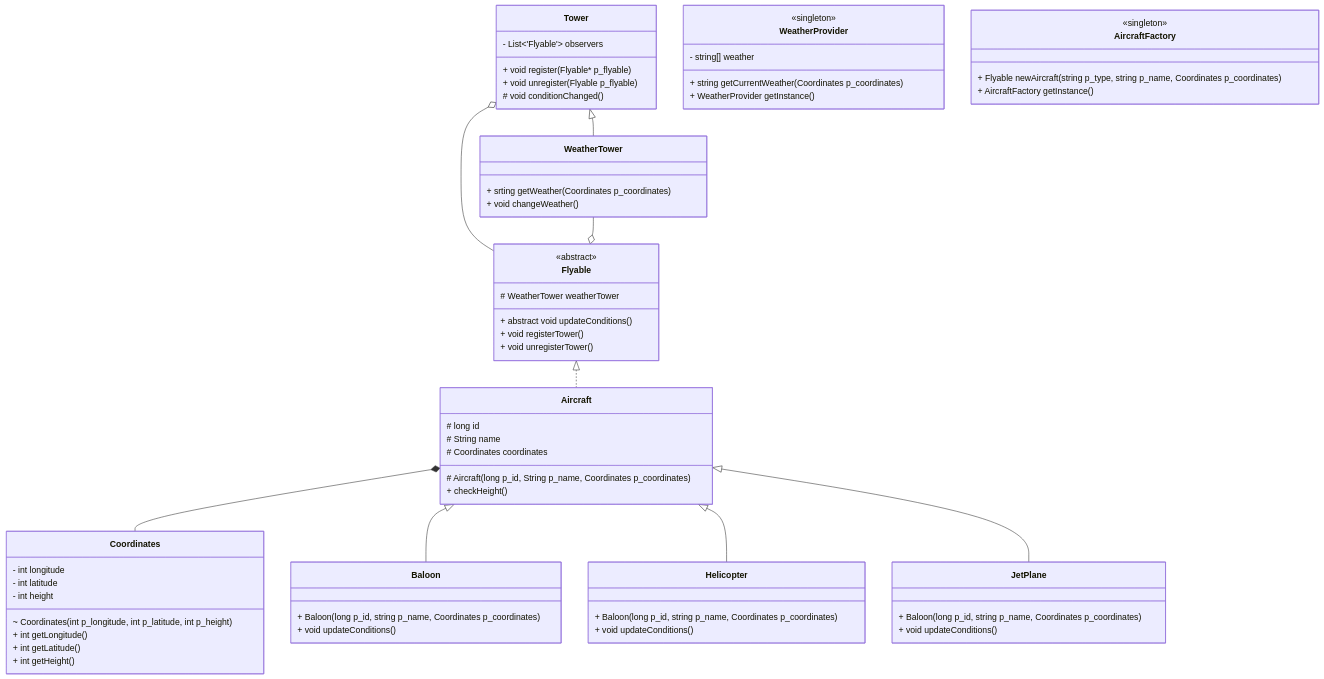
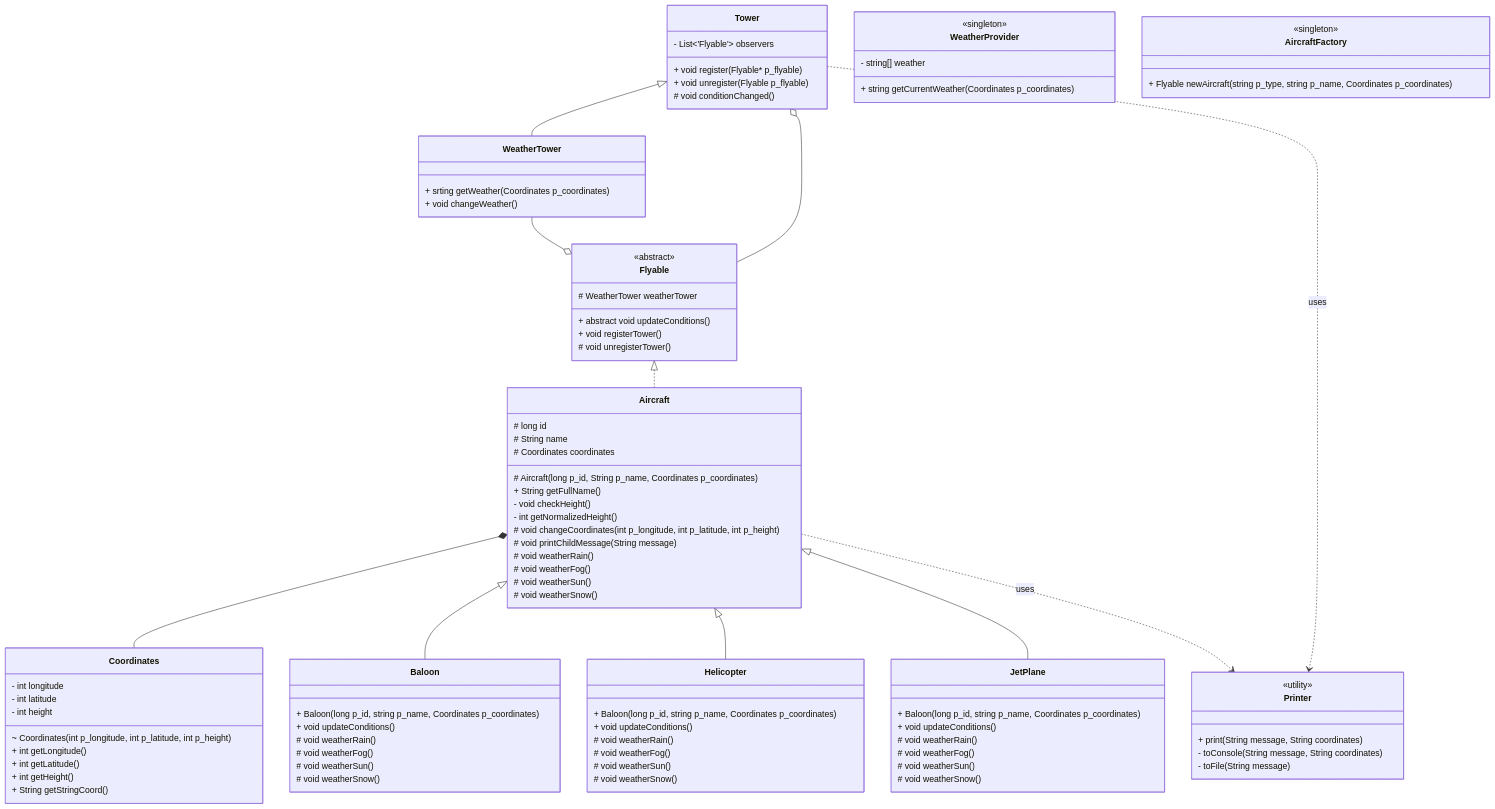
One commit to isilva-t/42.avaj-launcher changed the diagram in README.md. Above: the diagram before and after it, drawn with Mermaid. The commit also changed 1 other file, not shown here.

Commit message:
doc: update develop.mermaid
readme

````diff
--- a/README.md
+++ b/README.md
@@ -26,7 +26,6 @@
 
     class Tower {    
         - List<'Flyable'> observers
-
         + void register(Flyable* p_flyable)
         + void unregister(Flyable p_flyable)
         # void conditionChanged()
@@ -37,7 +36,8 @@
         # WeatherTower weatherTower
         + abstract void updateConditions()
         + void registerTower()
-        + void unregisterTower()
+
+        # void unregisterTower()
     }
 
     
@@ -45,28 +45,37 @@
         # long id
         # String name
         # Coordinates coordinates
+        # Aircraft(long p_id, String p_name, Coordinates p_coordinates)
+        + String getFullName()
 
-        # Aircraft(long p_id, String p_name, Coordinates p_coordinates)
-        + checkHeight()
+        - void checkHeight()
+        - int getNormalizedHeight()
+
+        # void changeCoordinates(int p_longitude, int p_latitude, int p_height)
+        # void printChildMessage(String message)
+
+        # void weatherRain()
+        # void weatherFog()
+        # void weatherSun()
+        # void weatherSnow()
     }
 
     class Coordinates {
         - int longitude
         - int latitude
         - int height
-
         ~ Coordinates(int p_longitude, int p_latitude, int p_height)
-
         + int getLongitude()
         + int getLatitude()
         + int getHeight()
+
+        + String getStringCoord()
     }
 
     class WeatherProvider {
         <<singleton>>
         - string[] weather
         + string getCurrentWeather(Coordinates p_coordinates)
-        + WeatherProvider getInstance()
     }
 
     class WeatherTower {
@@ -77,20 +86,41 @@
     class Baloon {
         + Baloon(long p_id, string p_name, Coordinates p_coordinates)
         + void updateConditions()
+
+        # void weatherRain()
+        # void weatherFog()
+        # void weatherSun()
+        # void weatherSnow()    
     }
     class Helicopter {
         + Baloon(long p_id, string p_name, Coordinates p_coordinates)
         + void updateConditions()
+
+        # void weatherRain()
+        # void weatherFog()
+        # void weatherSun()
+        # void weatherSnow()    
     }
     class JetPlane {
         + Baloon(long p_id, string p_name, Coordinates p_coordinates)
         + void updateConditions()
+
+        # void weatherRain()
+        # void weatherFog()
+        # void weatherSun()
+        # void weatherSnow()    
     }
 
     class AircraftFactory {
         <<singleton>>
         + Flyable newAircraft(string p_type, string p_name, Coordinates p_coordinates)
-        + AircraftFactory getInstance()
+    }
+
+    class Printer {
+        <<utility>>
+        + print(String message, String coordinates)
+        - toConsole(String message, String coordinates)
+        - toFile(String message)
     }
 
     Flyable <|.. Aircraft
@@ -102,4 +132,8 @@
     Aircraft <|-- Baloon 
     Aircraft <|-- Helicopter 
     Aircraft <|-- JetPlane
+
+    Tower ..> Printer : uses
+    Aircraft ..> Printer : uses
+    
 ```
````
